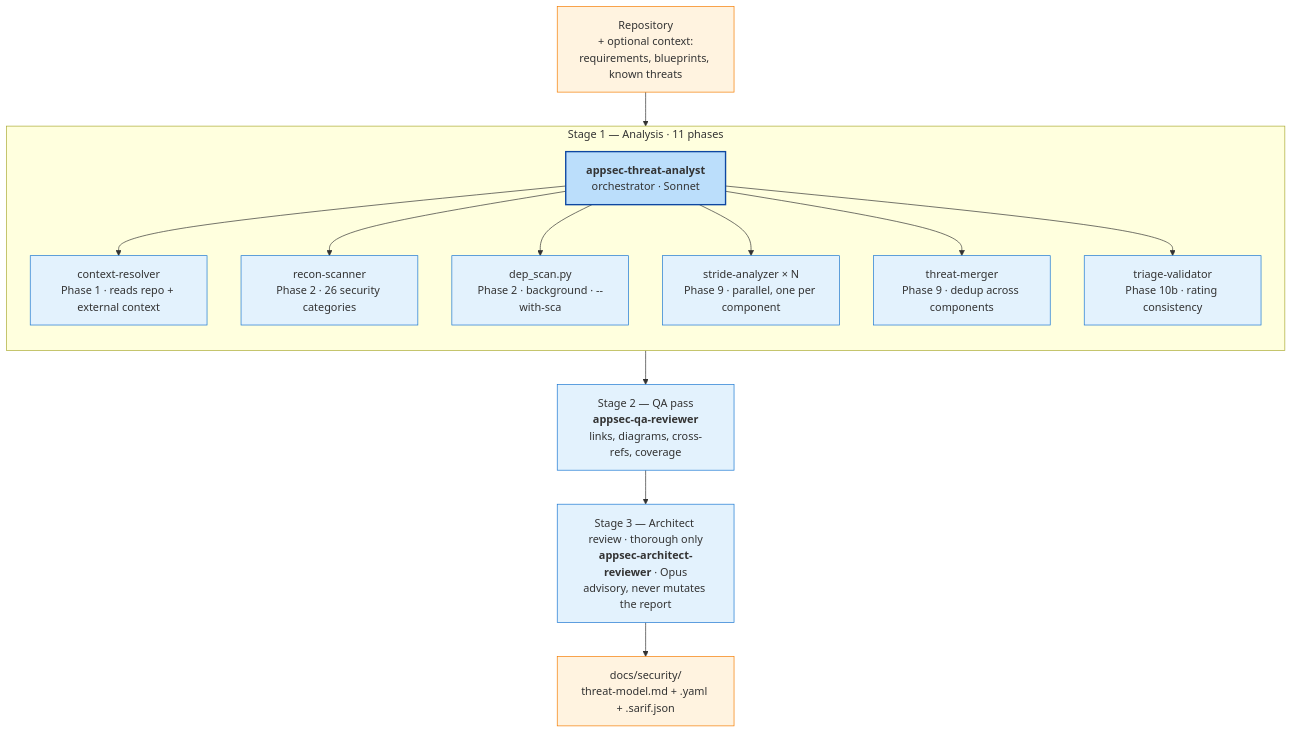
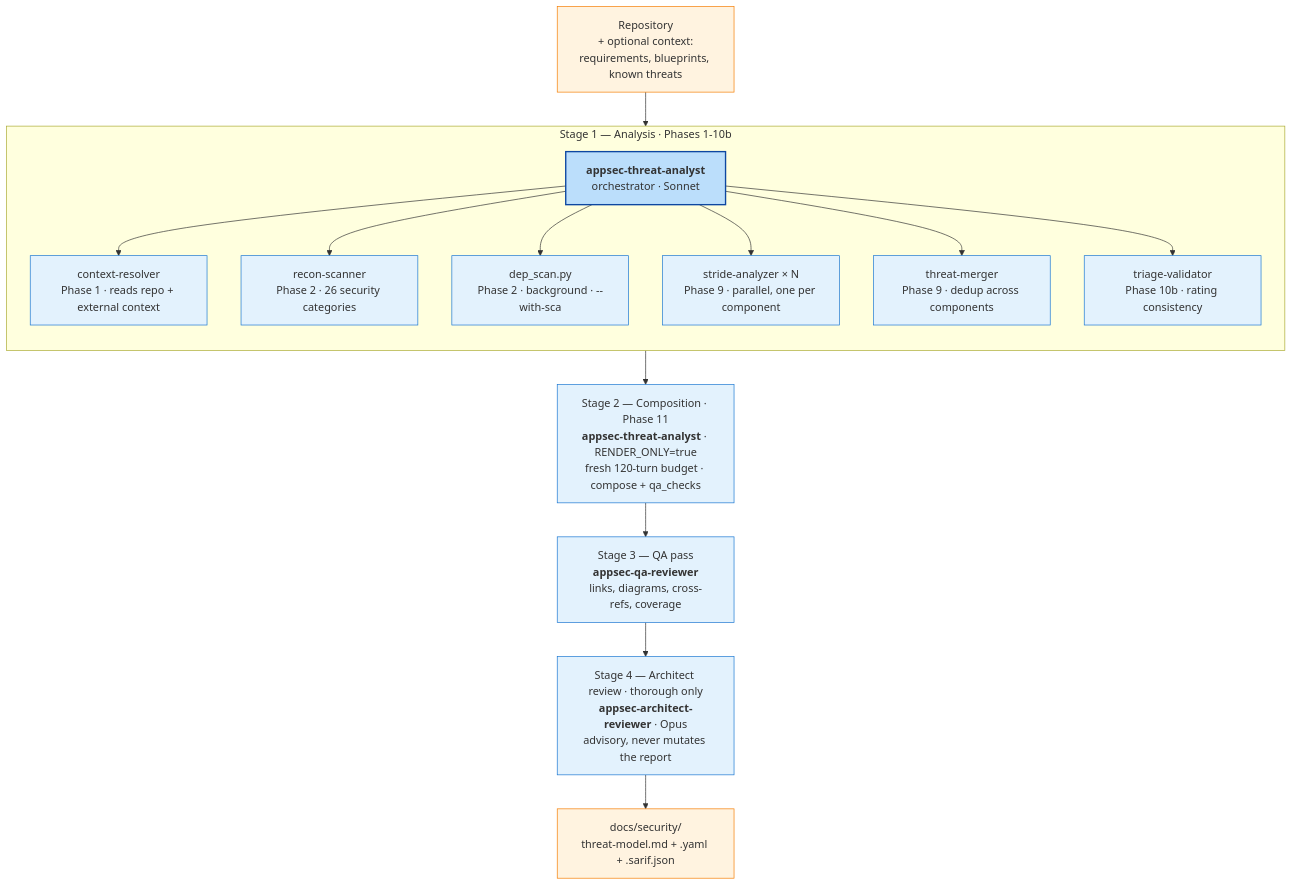
Before and after one commit to appsec-foundry/appsec-advisor: the second of 2 diagrams in docs/threat-model-skill.md, drawn with Mermaid. The commit also changed other lines of this file and 43 other files, not shown here.

````diff
--- a/docs/threat-model-skill.md
+++ b/docs/threat-model-skill.md
@@ -55,34 +56,35 @@
 ```mermaid
 flowchart TB
     IN[Repository<br/>+ optional context:<br/>requirements, blueprints, known threats]
 
-    subgraph S1[Stage 1 — Analysis · 11 phases]
+    subgraph S1[Stage 1 — Analysis · Phases 1-10b]
         direction TB
         ORCH["<b>appsec-threat-analyst</b><br/>orchestrator · Sonnet"]
         CR[context-resolver<br/>Phase 1 · reads repo + external context]
         RS[recon-scanner<br/>Phase 2 · 26 security categories]
         DS["dep_scan.py<br/>Phase 2 · background · --with-sca"]
         SA["stride-analyzer × N<br/>Phase 9 · parallel, one per component"]
         TM[threat-merger<br/>Phase 9 · dedup across components]
         TV[triage-validator<br/>Phase 10b · rating consistency]
         ORCH --> CR
         ORCH --> RS
         ORCH --> DS
         ORCH --> SA
         ORCH --> TM
         ORCH --> TV
     end
 
-    S2[Stage 2 — QA pass<br/><b>appsec-qa-reviewer</b><br/>links, diagrams, cross-refs, coverage]
-    S3[Stage 3 — Architect review · thorough only<br/><b>appsec-architect-reviewer</b> · Opus<br/>advisory, never mutates the report]
+    S2[Stage 2 — Composition · Phase 11<br/><b>appsec-threat-analyst</b> · RENDER_ONLY=true<br/>fresh 120-turn budget · compose + qa_checks]
+    S3[Stage 3 — QA pass<br/><b>appsec-qa-reviewer</b><br/>links, diagrams, cross-refs, coverage]
+    S4[Stage 4 — Architect review · thorough only<br/><b>appsec-architect-reviewer</b> · Opus<br/>advisory, never mutates the report]
     OUT[docs/security/<br/>threat-model.md + .yaml + .sarif.json]
 
-    IN --> S1 --> S2 --> S3 --> OUT
+    IN --> S1 --> S2 --> S3 --> S4 --> OUT
 
     classDef io fill:#fff3e0,stroke:#f57c00,stroke-width:1px
     classDef agent fill:#e3f2fd,stroke:#1976d2,stroke-width:1px
     classDef orch fill:#bbdefb,stroke:#0d47a1,stroke-width:2px
     class IN,OUT io
-    class CR,RS,DS,SA,TM,TV,S2,S3 agent
+    class CR,RS,DS,SA,TM,TV,S2,S3,S4 agent
     class ORCH orch
 ```
````
